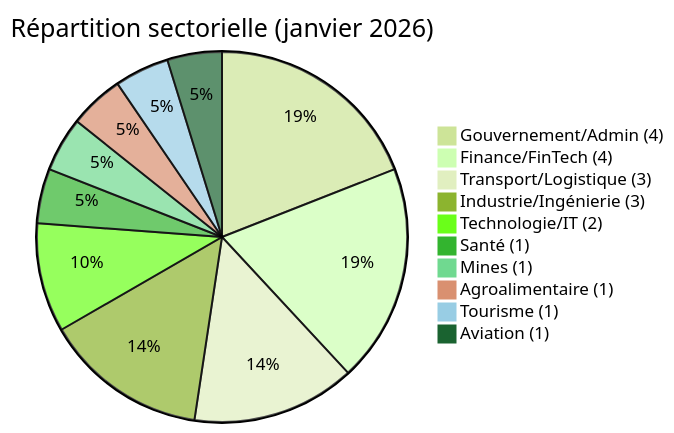
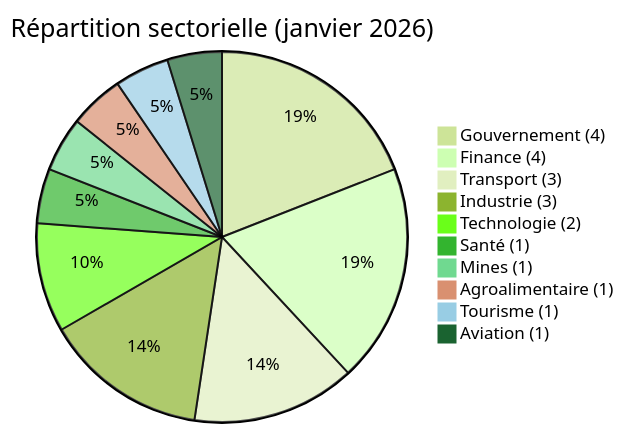
The fourth of 4 diagrams in CyberAttackAfrica/2026/01-january/README_FR.md (Hatchepsoute/AFRINTEL), drawn with Mermaid (forest theme) before and after one commit. The commit also changed 28 other files, not shown here.

````diff
--- a/CyberAttackAfrica/2026/01-january/README_FR.md
+++ b/CyberAttackAfrica/2026/01-january/README_FR.md
@@ -255,14 +255,14 @@
 ```mermaid
 pie
  title Répartition sectorielle (janvier 2026)
- "Gouvernement/Admin (4)" : 4
- "Finance/FinTech (4)" : 4
- "Transport/Logistique (3)" : 3
- "Industrie/Ingénierie (3)" : 3
- "Technologie/IT (2)" : 2
+ "Gouvernement (4)" : 4
+ "Finance (4)" : 4
+ "Transport (3)" : 3
+ "Industrie (3)" : 3
+ "Technologie (2)" : 2
  "Santé (1)" : 1
  "Mines (1)" : 1
  "Agroalimentaire (1)" : 1
  "Tourisme (1)" : 1
  "Aviation (1)" : 1
 ```
````
